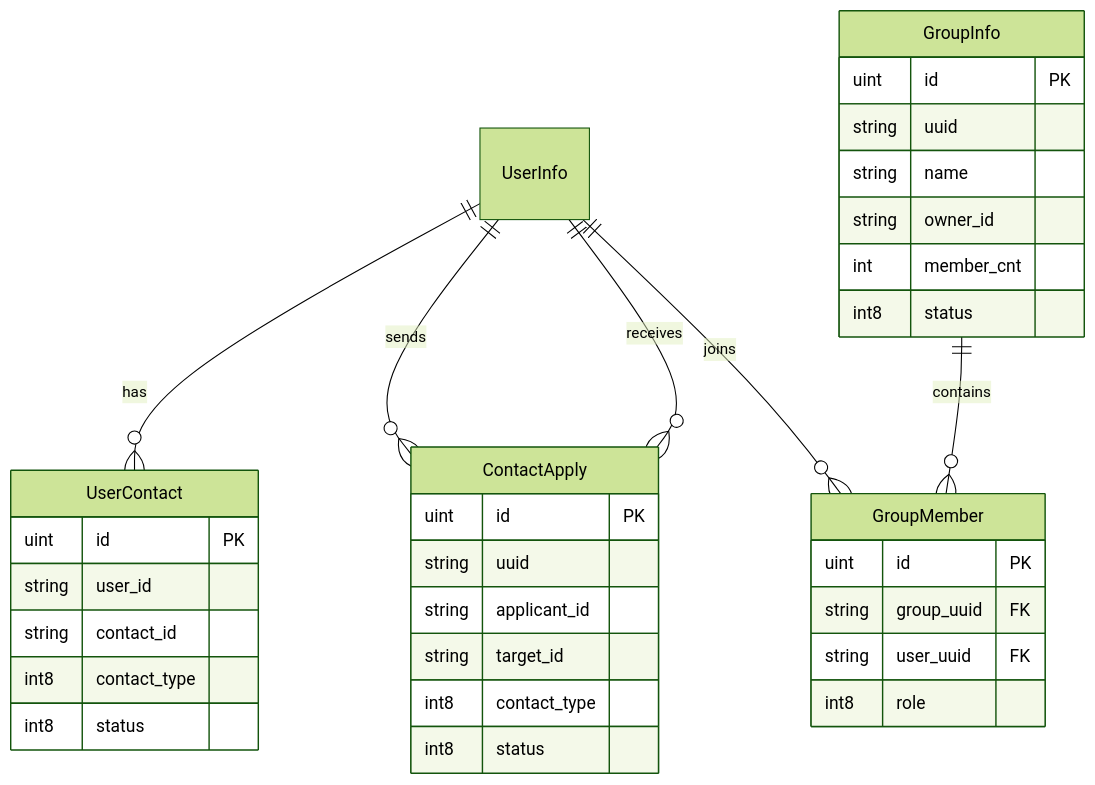
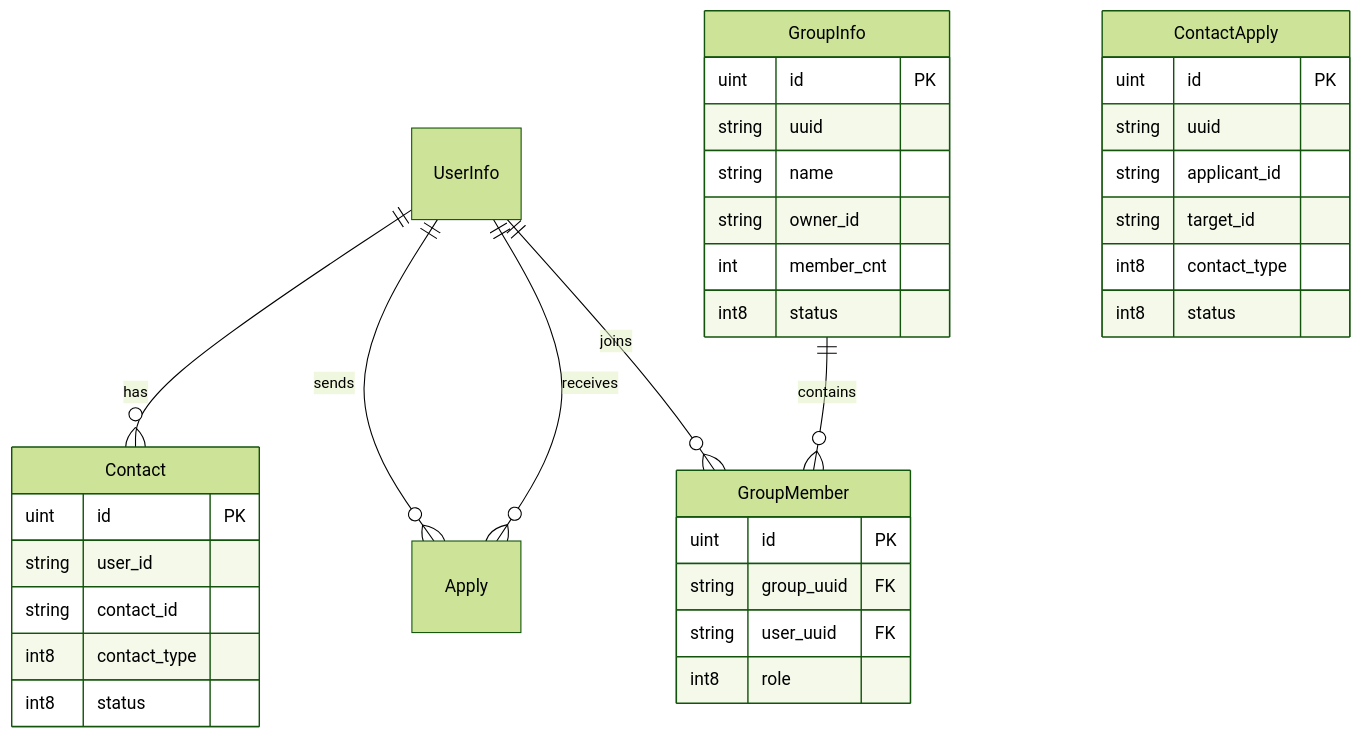
The diagram in tutorial/07_联系人与群组模型.md (liusonglei796/chat-server), drawn with Mermaid (forest theme) before and after one commit. The commit also changed 37 other files, not shown here.

````diff
--- a/tutorial/07_联系人与群组模型.md
+++ b/tutorial/07_联系人与群组模型.md
@@ -17,41 +17,41 @@
 ```mermaid
 erDiagram
-    UserInfo ||--o{ UserContact : has
-    UserInfo ||--o{ ContactApply : sends
-    UserInfo ||--o{ ContactApply : receives
+    UserInfo ||--o{ Contact : has
+    UserInfo ||--o{ Apply : sends
+    UserInfo ||--o{ Apply : receives
     UserInfo ||--o{ GroupMember : joins
     GroupInfo ||--o{ GroupMember : contains
     
-    UserContact {
+    Contact {
         uint id PK
         string user_id
         string contact_id
         int8 contact_type
         int8 status
     }
     
     ContactApply {
         uint id PK
         string uuid
         string applicant_id
         string target_id
         int8 contact_type
         int8 status
     }
     
     GroupInfo {
         uint id PK
         string uuid
         string name
         string owner_id
         int member_cnt
         int8 status
     }
     
     GroupMember {
         uint id PK
         string group_uuid FK
         string user_uuid FK
         int8 role
     }
 ```
````
